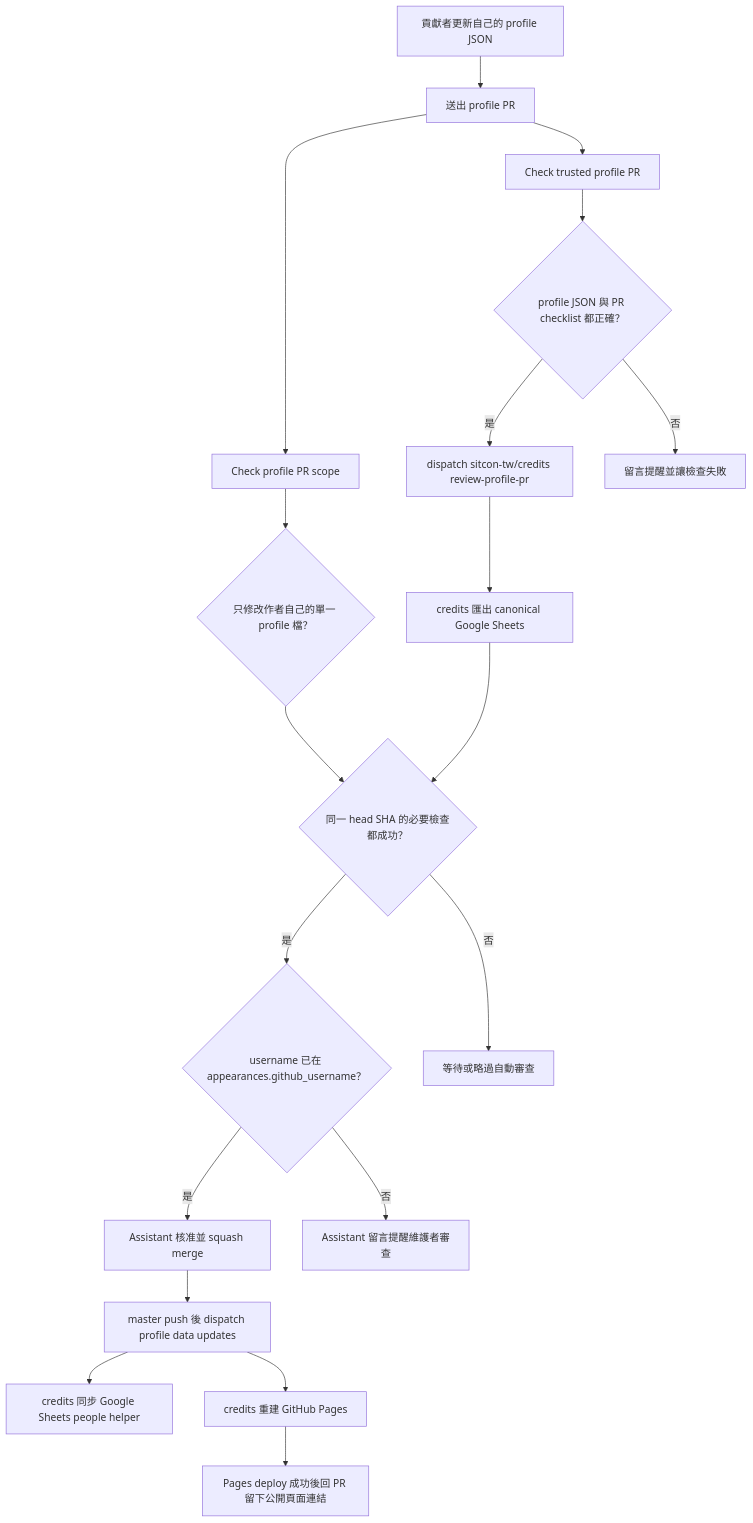
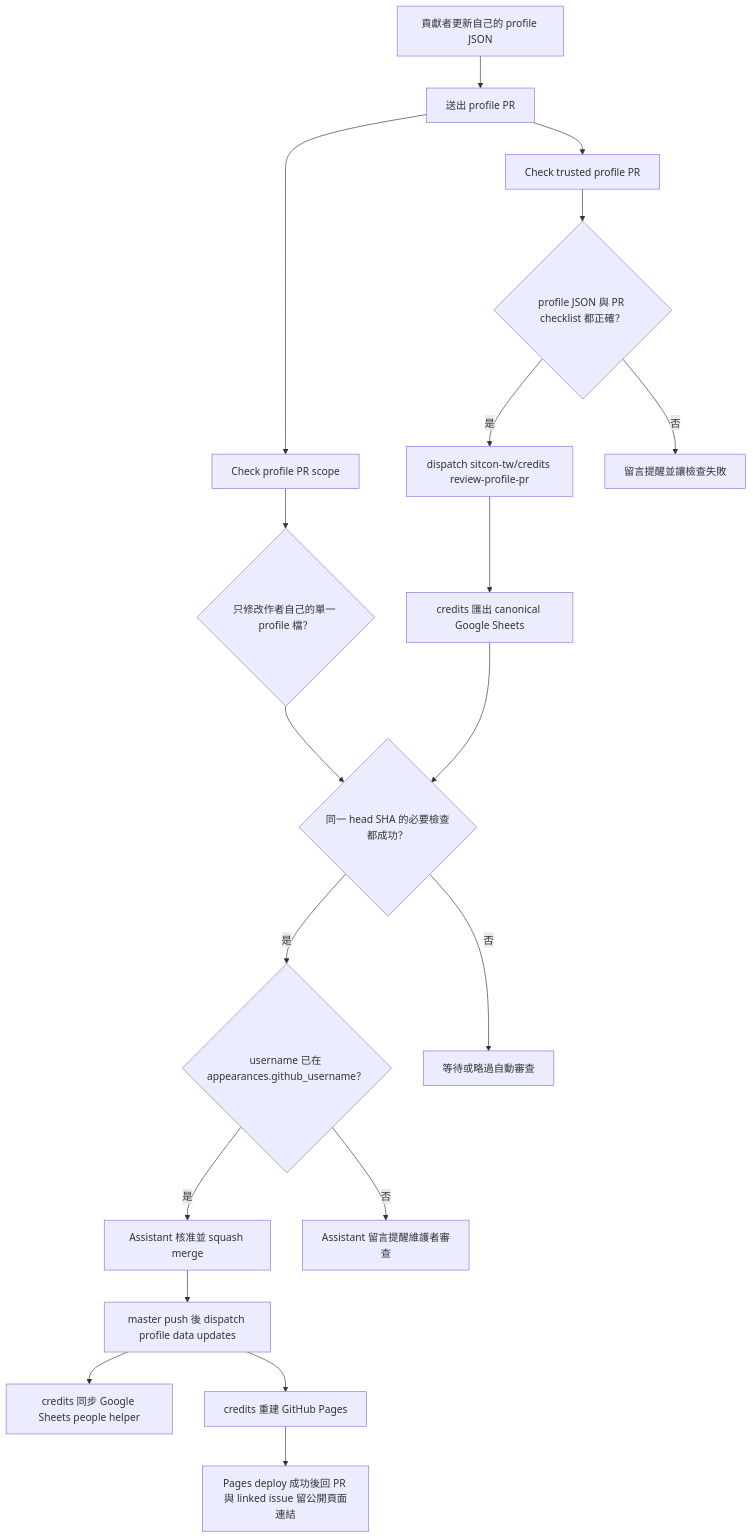
One commit to sitcon-tw/credits-profiles changed the second of 2 diagrams in docs/workflows.md. Above: the diagram before and after it, drawn with Mermaid. The commit also changed other lines of this file and 1 other file, not shown here.

Commit message:
fix: improve profile request issue updates

````diff
--- a/docs/workflows.md
+++ b/docs/workflows.md
@@ -36,21 +36,21 @@
 ```mermaid
 flowchart TD
   contributor["貢獻者更新自己的 profile JSON"] --> pr["送出 profile PR"]
   pr --> scope["Check profile PR scope"]
   pr --> trusted["Check trusted profile PR"]
   trusted --> checklist{"profile JSON 與 PR checklist 都正確？"}
   scope --> owner{"只修改作者自己的單一 profile 檔？"}
   checklist -->|是| dispatch["dispatch sitcon-tw/credits review-profile-pr"]
   checklist -->|否| reminder["留言提醒並讓檢查失敗"]
   dispatch --> canonical["credits 匯出 canonical Google Sheets"]
   canonical --> required{"同一 head SHA 的必要檢查都成功？"}
   owner --> required
   required -->|是| appearance{"username 已在 appearances.github_username？"}
   required -->|否| waitOrSkip["等待或略過自動審查"]
   appearance -->|是| merge["Assistant 核准並 squash merge"]
   appearance -->|否| comment["Assistant 留言提醒維護者審查"]
   merge --> sync["master push 後 dispatch profile data updates"]
   sync --> people["credits 同步 Google Sheets people helper"]
   sync --> pages["credits 重建 GitHub Pages"]
-  pages --> published["Pages deploy 成功後回 PR 留下公開頁面連結"]
+  pages --> published["Pages deploy 成功後回 PR 與 linked issue 留公開頁面連結"]
 ```
````
